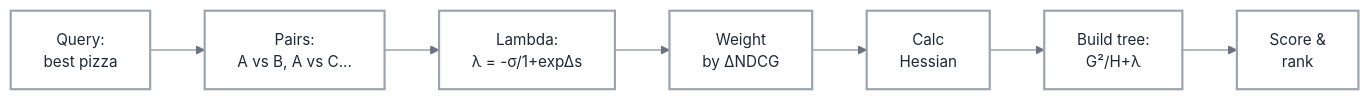
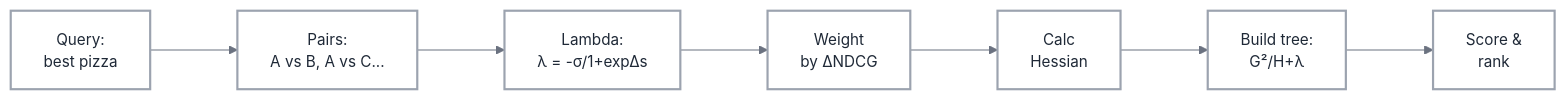
Before and after one commit to saraswatmks/saraswatmks.github.com: the second of 4 diagrams in _posts/2026/2026-02-07-lightgbm_pairwise_lambdarank.md, drawn with Mermaid. The commit also changed other lines of this file, not shown here.

```diff
--- a/_posts/2026/2026-02-07-lightgbm_pairwise_lambdarank.md
+++ b/_posts/2026/2026-02-07-lightgbm_pairwise_lambdarank.md
@@ -133,29 +139,35 @@
 <div class="mermaid">
 %%{init: {
   'theme': 'base',
   'themeVariables': {
     'primaryColor': '#FFFFFF',
     'primaryTextColor': '#1F2937',
     'primaryBorderColor': '#9CA3AF',
     'lineColor': '#6B7280',
     'fontSize': '14px',
     'fontFamily': 'system-ui, -apple-system, sans-serif'
+  },
+  'flowchart': {
+    'nodeSpacing': 50,
+    'rankSpacing': 80,
+    'padding': 15,
+    'useMaxWidth': true
   }
 }}%%
 
 flowchart LR
-    A[Query:<br/>best pizza] --> B[Pairs:<br/>A vs B, A vs C...]
-    B --> C[Lambda:<br/>λ = -σ/1+exp∆s]
-    C --> D[Weight<br/>by ∆NDCG]
-    D --> E[Calc<br/>Hessian]
-    E --> F[Build tree:<br/>G²/H+λ]
-    F --> G[Score &<br/>rank]
+    A["Query:<br/>best pizza"] --> B["Pairs:<br/>A vs B, A vs C..."]
+    B --> C["Lambda:<br/>λ = -σ/1+exp∆s"]
+    C --> D["Weight<br/>by ∆NDCG"]
+    D --> E["Calc<br/>Hessian"]
+    E --> F["Build tree:<br/>G²/H+λ"]
+    F --> G["Score &<br/>rank"]
 
     style A fill:#FFFFFF,stroke:#9CA3AF,stroke-width:2px,color:#1F2937
     style B fill:#FFFFFF,stroke:#9CA3AF,stroke-width:2px,color:#1F2937
     style C fill:#FFFFFF,stroke:#9CA3AF,stroke-width:2px,color:#1F2937
     style D fill:#FFFFFF,stroke:#9CA3AF,stroke-width:2px,color:#1F2937
     style E fill:#FFFFFF,stroke:#9CA3AF,stroke-width:2px,color:#1F2937
     style F fill:#FFFFFF,stroke:#9CA3AF,stroke-width:2px,color:#1F2937
     style G fill:#FFFFFF,stroke:#9CA3AF,stroke-width:2px,color:#1F2937
 </div>
```
